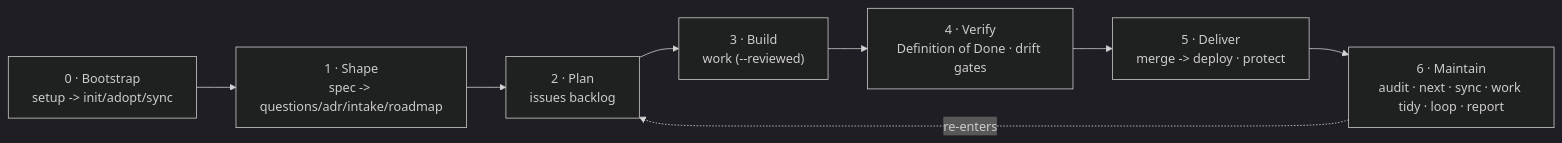
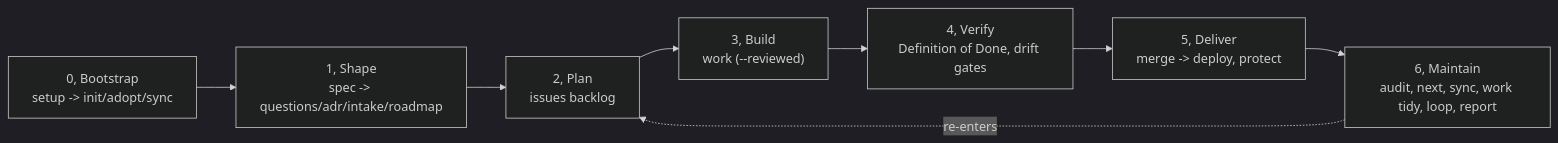
Before and after one commit to element22llc/e22-plugins: the diagram in docs/concepts/sdlc.md, drawn with Mermaid (dark theme). The commit also changed other lines of this file and 149 other files, not shown here.

````diff
--- a/docs/concepts/sdlc.md
+++ b/docs/concepts/sdlc.md
@@ -16,10 +16,10 @@
 ```mermaid
 flowchart LR
-    B["0 · Bootstrap<br/>setup -> init/adopt/sync"] --> S["1 · Shape<br/>spec -> questions/adr/intake/roadmap"]
-    S --> P["2 · Plan<br/>issues backlog"]
-    P --> W["3 · Build<br/>work (--reviewed)"]
-    W --> V["4 · Verify<br/>Definition of Done · drift gates"]
-    V --> D["5 · Deliver<br/>merge -> deploy · protect"]
-    D --> M["6 · Maintain<br/>audit · next · sync · work tidy · loop · report"]
+    B["0, Bootstrap<br/>setup -> init/adopt/sync"] --> S["1, Shape<br/>spec -> questions/adr/intake/roadmap"]
+    S --> P["2, Plan<br/>issues backlog"]
+    P --> W["3, Build<br/>work (--reviewed)"]
+    W --> V["4, Verify<br/>Definition of Done, drift gates"]
+    V --> D["5, Deliver<br/>merge -> deploy, protect"]
+    D --> M["6, Maintain<br/>audit, next, sync, work tidy, loop, report"]
     M -.re-enters.-> P
 ```
````
